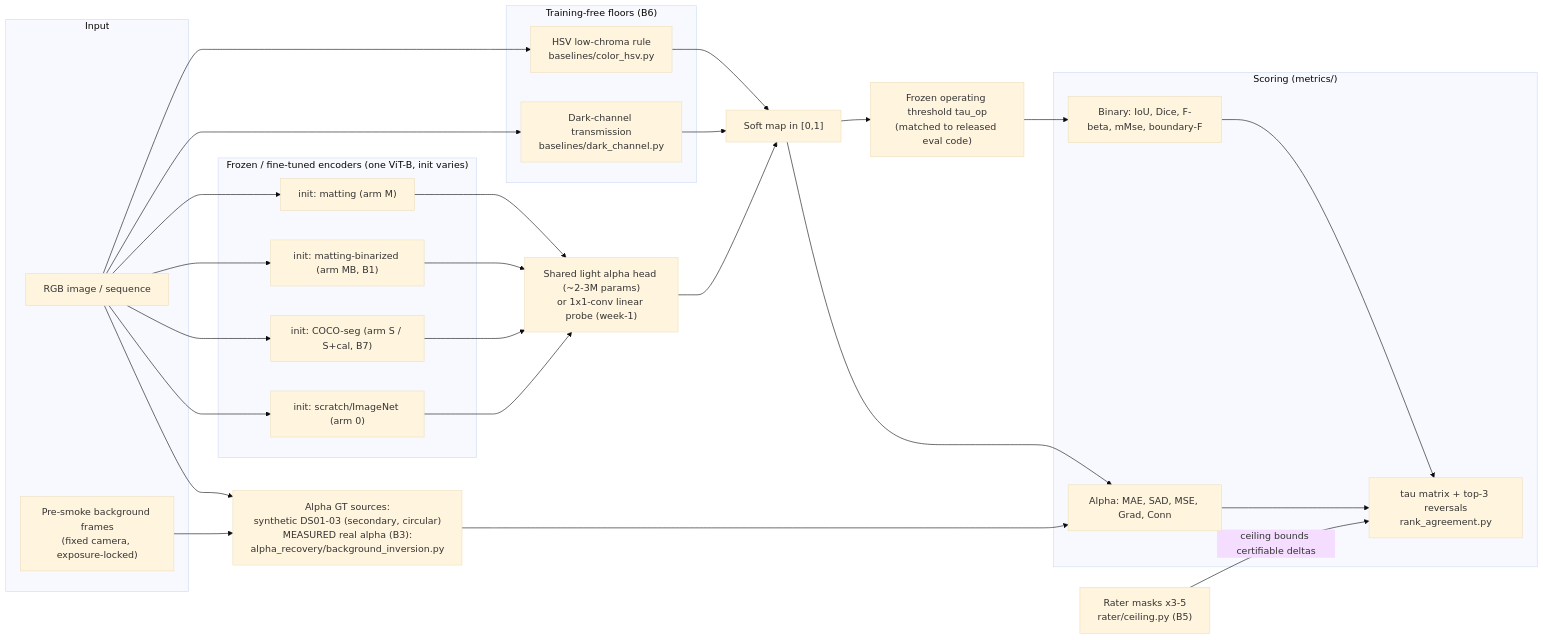
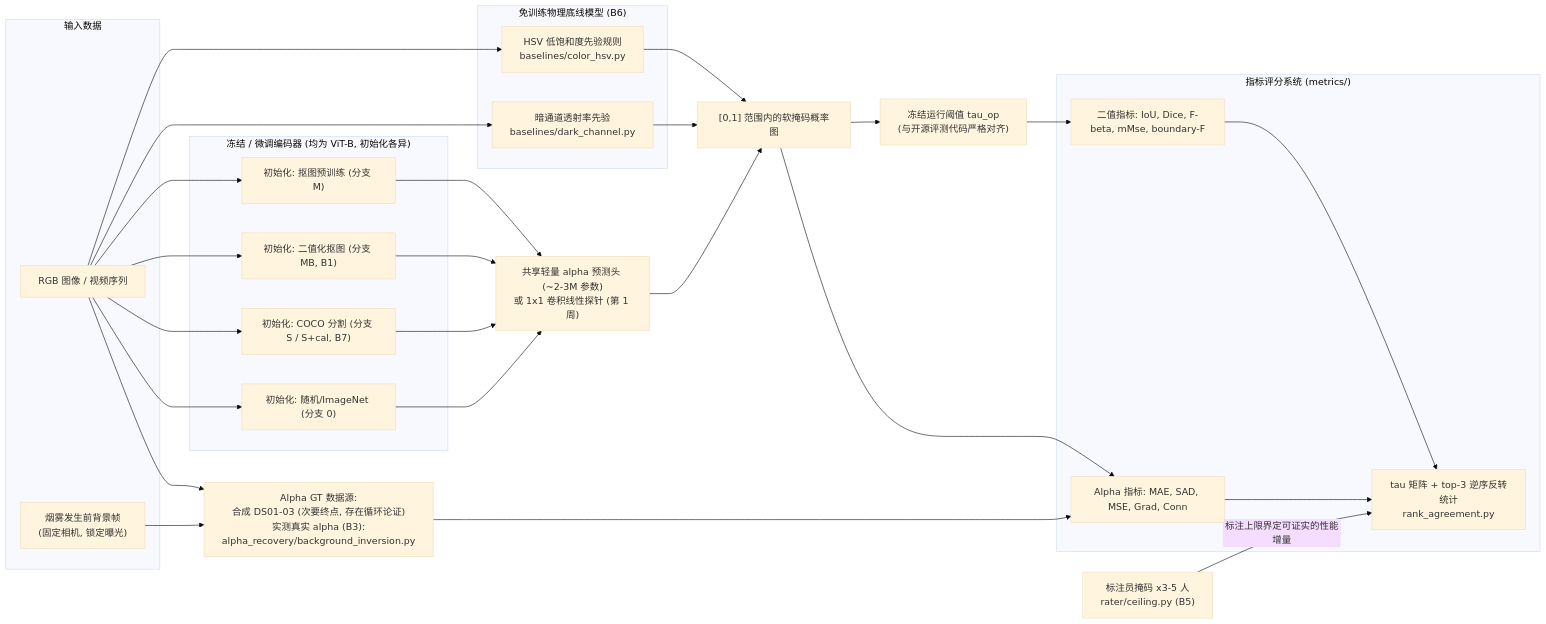
The diagram in Windows4/Idea_03/diagrams/architecture.md (songkang688/idea), drawn with Mermaid (base theme) before and after one commit. The commit also changed other lines of this file and 74 other files, not shown here.

````diff
--- a/Windows4/Idea_03/diagrams/architecture.md
+++ b/Windows4/Idea_03/diagrams/architecture.md
@@ -6,43 +5,43 @@
 ```mermaid
 flowchart LR
-    subgraph INPUT["Input"]
-        RGB["RGB image / sequence"]
-        BG["Pre-smoke background frames<br/>(fixed camera, exposure-locked)"]
+    subgraph INPUT["输入数据"]
+        RGB["RGB 图像 / 视频序列"]
+        BG["烟雾发生前背景帧<br/>(固定相机, 锁定曝光)"]
     end
 
-    subgraph FLOORS["Training-free floors (B6)"]
-        HSV["HSV low-chroma rule<br/>baselines/color_hsv.py"]
-        DC["Dark-channel transmission<br/>baselines/dark_channel.py"]
+    subgraph FLOORS["免训练物理底线模型 (B6)"]
+        HSV["HSV 低饱和度先验规则<br/>baselines/color_hsv.py"]
+        DC["暗通道透射率先验<br/>baselines/dark_channel.py"]
     end
 
-    subgraph ENCODERS["Frozen / fine-tuned encoders (one ViT-B, init varies)"]
-        EM["init: matting (arm M)"]
-        EMB["init: matting-binarized (arm MB, B1)"]
-        ES["init: COCO-seg (arm S / S+cal, B7)"]
-        E0["init: scratch/ImageNet (arm 0)"]
+    subgraph ENCODERS["冻结 / 微调编码器 (均为 ViT-B, 初始化各异)"]
+        EM["初始化: 抠图预训练 (分支 M)"]
+        EMB["初始化: 二值化抠图 (分支 MB, B1)"]
+        ES["初始化: COCO 分割 (分支 S / S+cal, B7)"]
+        E0["初始化: 随机/ImageNet (分支 0)"]
     end
 
-    HEAD["Shared light alpha head (~2-3M params)<br/>or 1x1-conv linear probe (week-1)"]
-    SOFT["Soft map in [0,1]"]
-    THR["Frozen operating threshold tau_op<br/>(matched to released eval code)"]
+    HEAD["共享轻量 alpha 预测头 (~2-3M 参数)<br/>或 1x1 卷积线性探针 (第 1 周)"]
+    SOFT["[0,1] 范围内的软掩码概率图"]
+    THR["冻结运行阈值 tau_op<br/>(与开源评测代码严格对齐)"]
 
-    subgraph SCORING["Scoring (metrics/)"]
-        BIN["Binary: IoU, Dice, F-beta, mMse, boundary-F"]
-        ALP["Alpha: MAE, SAD, MSE, Grad, Conn"]
-        TAUM["tau matrix + top-3 reversals<br/>rank_agreement.py"]
+    subgraph SCORING["指标评分系统 (metrics/)"]
+        BIN["二值指标: IoU, Dice, F-beta, mMse, boundary-F"]
+        ALP["Alpha 指标: MAE, SAD, MSE, Grad, Conn"]
+        TAUM["tau 矩阵 + top-3 逆序反转统计<br/>rank_agreement.py"]
     end
 
-    ALPHAGT["Alpha GT sources:<br/>synthetic DS01-03 (secondary, circular)<br/>MEASURED real alpha (B3):<br/>alpha_recovery/background_inversion.py"]
-    RATERS["Rater masks x3-5<br/>rater/ceiling.py (B5)"]
+    ALPHAGT["Alpha GT 数据源:<br/>合成 DS01-03 (次要终点, 存在循环论证)<br/>实测真实 alpha (B3):<br/>alpha_recovery/background_inversion.py"]
+    RATERS["标注员掩码 x3-5 人<br/>rater/ceiling.py (B5)"]
 
     RGB --> HSV & DC --> SOFT
     RGB --> EM & EMB & ES & E0 --> HEAD --> SOFT
     SOFT --> THR --> BIN
     SOFT --> ALP
     BG --> ALPHAGT
     RGB --> ALPHAGT
     ALPHAGT --> ALP
     BIN --> TAUM
     ALP --> TAUM
-    RATERS -->|"ceiling bounds certifiable deltas"| TAUM
+    RATERS -->|"标注上限界定可证实的性能增量"| TAUM
 ```
````
